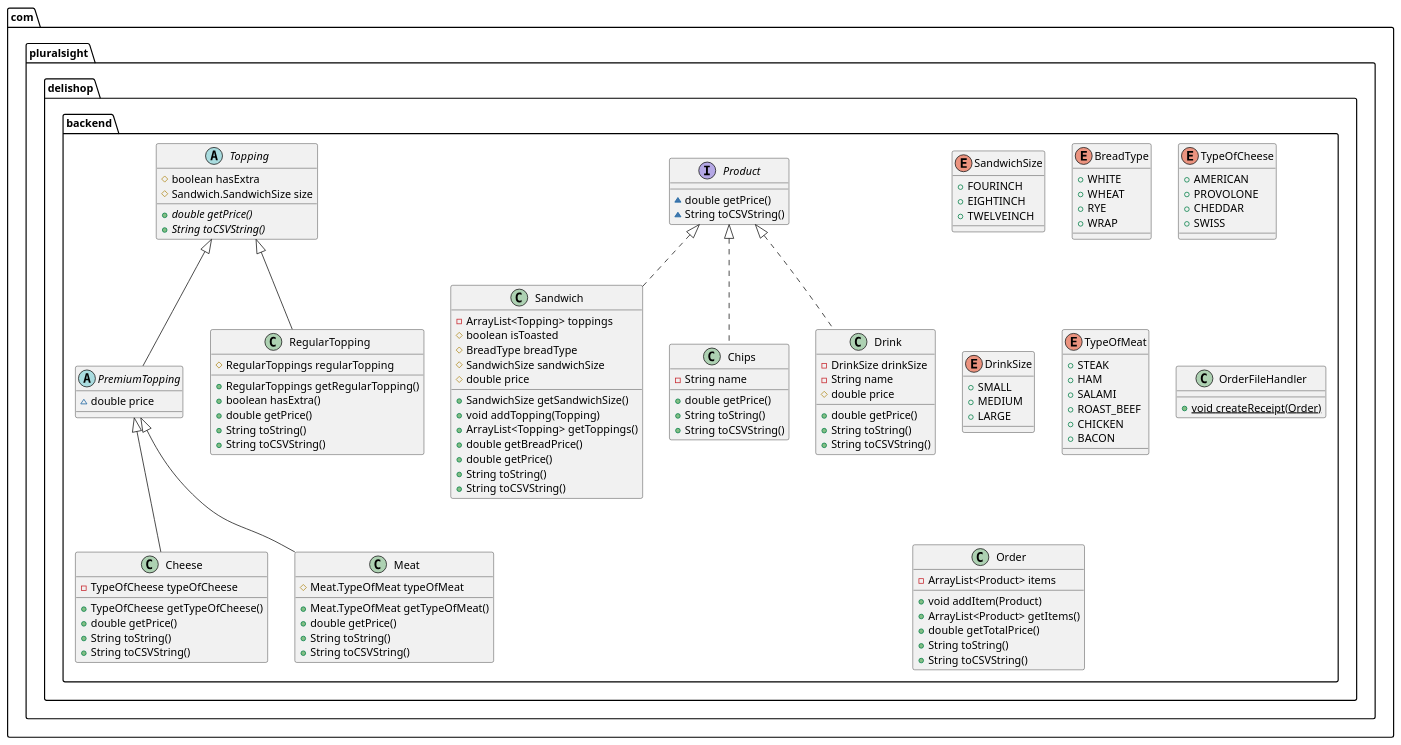
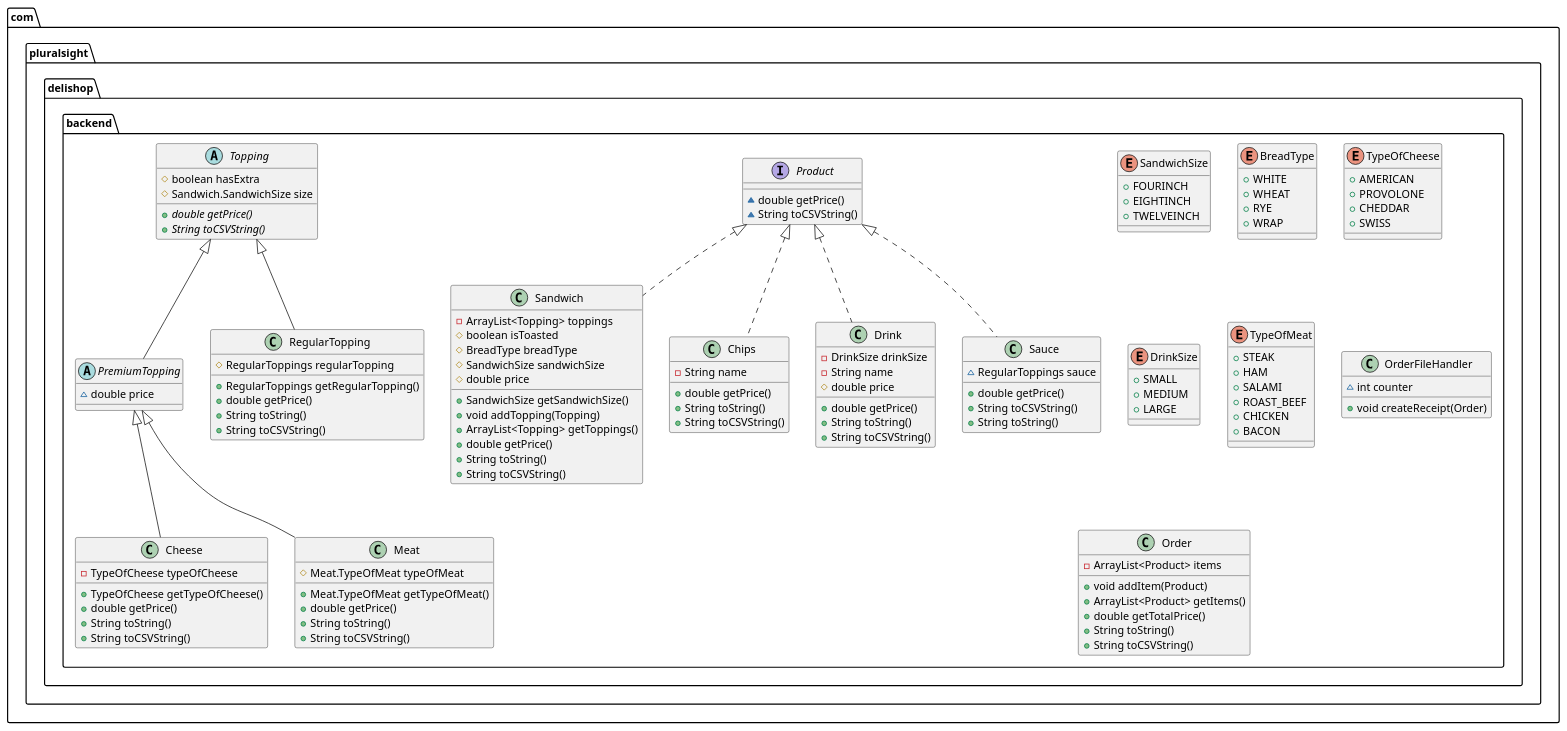
Before and after one commit to Revilite/deli-shop: the diagram in Diagram.puml, drawn with PlantUML. The commit also changed 2 other files, not shown here.

Commit message:
added UML to readme:

```diff
--- a/Diagram.puml
+++ b/Diagram.puml
@@ -1,139 +1,148 @@
 @startuml
 abstract class com.pluralsight.delishop.backend.PremiumTopping {
 ~ double price
 }
 
 class com.pluralsight.delishop.backend.Sandwich {
 - ArrayList<Topping> toppings
 # boolean isToasted
 # BreadType breadType
 # SandwichSize sandwichSize
 # double price
 + SandwichSize getSandwichSize()
 + void addTopping(Topping)
 + ArrayList<Topping> getToppings()
-+ double getBreadPrice()
 + double getPrice()
 + String toString()
 + String toCSVString()
 }
 
 
 enum com.pluralsight.delishop.backend.SandwichSize {
 +  FOURINCH
 +  EIGHTINCH
 +  TWELVEINCH
 }
 
 enum com.pluralsight.delishop.backend.BreadType {
 +  WHITE
 +  WHEAT
 +  RYE
 +  WRAP
 }
 
 interface com.pluralsight.delishop.backend.Product {
 ~ double getPrice()
 ~ String toCSVString()
 }
 
 class com.pluralsight.delishop.backend.Cheese {
 - TypeOfCheese typeOfCheese
 + TypeOfCheese getTypeOfCheese()
 + double getPrice()
 + String toString()
 + String toCSVString()
 }
 
 
 enum com.pluralsight.delishop.backend.TypeOfCheese {
 +  AMERICAN
 +  PROVOLONE
 +  CHEDDAR
 +  SWISS
 }
 
 class com.pluralsight.delishop.backend.Chips {
 - String name
 + double getPrice()
 + String toString()
 + String toCSVString()
 }
 
 
 class com.pluralsight.delishop.backend.Drink {
 - DrinkSize drinkSize
 - String name
 # double price
 + double getPrice()
 + String toString()
 + String toCSVString()
 }
 
 
 enum com.pluralsight.delishop.backend.DrinkSize {
 +  SMALL
 +  MEDIUM
 +  LARGE
 }
 
+class com.pluralsight.delishop.backend.Sauce {
+~ RegularToppings sauce
++ double getPrice()
++ String toCSVString()
++ String toString()
+}
+
+
 class com.pluralsight.delishop.backend.RegularTopping {
 # RegularToppings regularTopping
 + RegularToppings getRegularTopping()
-+ boolean hasExtra()
 + double getPrice()
 + String toString()
 + String toCSVString()
 }
 
 
 class com.pluralsight.delishop.backend.Meat {
 # Meat.TypeOfMeat typeOfMeat
 + Meat.TypeOfMeat getTypeOfMeat()
 + double getPrice()
 + String toString()
 + String toCSVString()
 }
 
 
 enum com.pluralsight.delishop.backend.TypeOfMeat {
 +  STEAK
 +  HAM
 +  SALAMI
 +  ROAST_BEEF
 +  CHICKEN
 +  BACON
 }
 
 abstract class com.pluralsight.delishop.backend.Topping {
 # boolean hasExtra
 # Sandwich.SandwichSize size
 + {abstract}double getPrice()
 + {abstract}String toCSVString()
 }
 
 
 class com.pluralsight.delishop.backend.OrderFileHandler {
-+ {static} void createReceipt(Order)
+~ int counter
++ void createReceipt(Order)
 }
+
 
 class com.pluralsight.delishop.backend.Order {
 - ArrayList<Product> items
 + void addItem(Product)
 + ArrayList<Product> getItems()
 + double getTotalPrice()
 + String toString()
 + String toCSVString()
 }
 
 
 
 
 com.pluralsight.delishop.backend.Topping <|-- com.pluralsight.delishop.backend.PremiumTopping
 com.pluralsight.delishop.backend.Product <|.. com.pluralsight.delishop.backend.Sandwich
 com.pluralsight.delishop.backend.PremiumTopping <|-- com.pluralsight.delishop.backend.Cheese
 com.pluralsight.delishop.backend.Product <|.. com.pluralsight.delishop.backend.Chips
 com.pluralsight.delishop.backend.Product <|.. com.pluralsight.delishop.backend.Drink
+com.pluralsight.delishop.backend.Product <|.. com.pluralsight.delishop.backend.Sauce
 com.pluralsight.delishop.backend.Topping <|-- com.pluralsight.delishop.backend.RegularTopping
 com.pluralsight.delishop.backend.PremiumTopping <|-- com.pluralsight.delishop.backend.Meat
 @enduml
```
